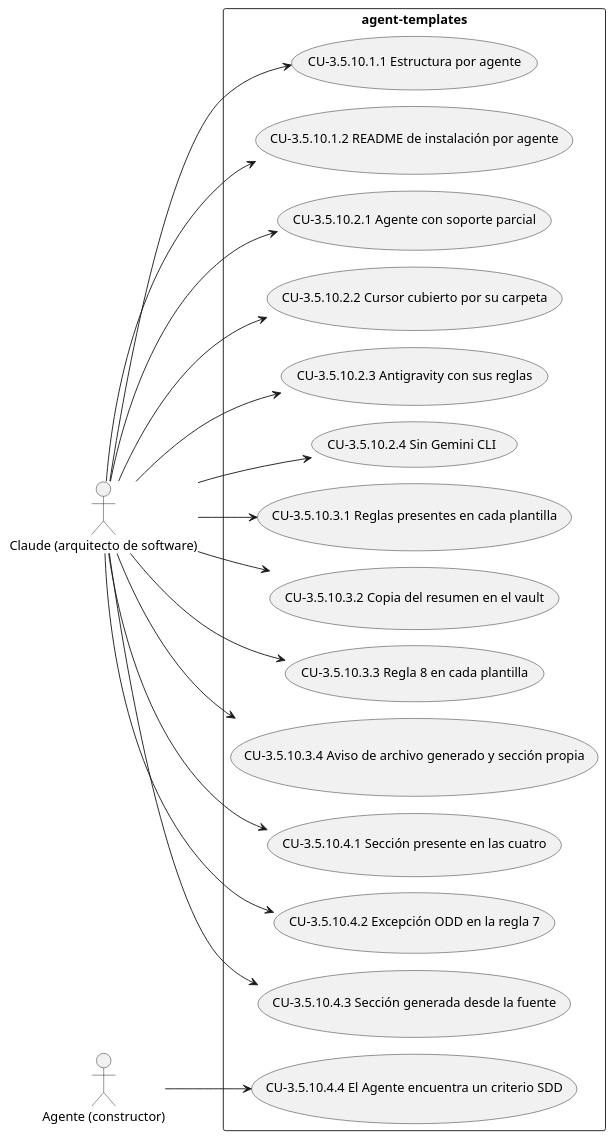
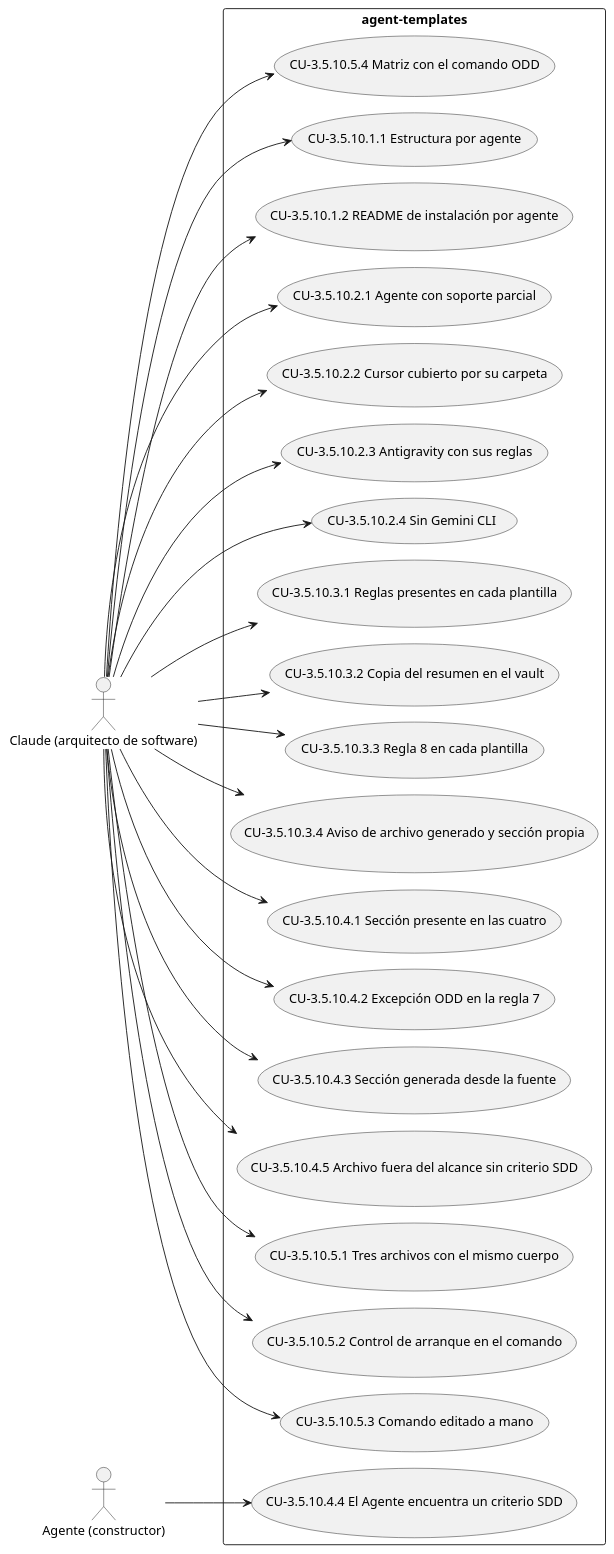
Before and after one commit to Lautaro-Montecchiani/sdd-global-config: the diagram in docs/diagramas/CAP-3.5.10.puml, drawn with PlantUML. The commit also changed 7 other files, not shown here.

```diff
--- a/docs/diagramas/CAP-3.5.10.puml
+++ b/docs/diagramas/CAP-3.5.10.puml
@@ -1,36 +1,46 @@
 @startuml
 !pragma layout smetana
 left to right direction
 actor "Claude (arquitecto de software)" as A1
 actor "Agente (constructor)" as A2
 rectangle "agent-templates" {
   usecase "CU-3.5.10.1.1 Estructura por agente" as UC_3_5_10_1_1
   usecase "CU-3.5.10.1.2 README de instalación por agente" as UC_3_5_10_1_2
   usecase "CU-3.5.10.2.1 Agente con soporte parcial" as UC_3_5_10_2_1
   usecase "CU-3.5.10.2.2 Cursor cubierto por su carpeta" as UC_3_5_10_2_2
   usecase "CU-3.5.10.2.3 Antigravity con sus reglas" as UC_3_5_10_2_3
   usecase "CU-3.5.10.2.4 Sin Gemini CLI" as UC_3_5_10_2_4
   usecase "CU-3.5.10.3.1 Reglas presentes en cada plantilla" as UC_3_5_10_3_1
   usecase "CU-3.5.10.3.2 Copia del resumen en el vault" as UC_3_5_10_3_2
   usecase "CU-3.5.10.3.3 Regla 8 en cada plantilla" as UC_3_5_10_3_3
   usecase "CU-3.5.10.3.4 Aviso de archivo generado y sección propia" as UC_3_5_10_3_4
   usecase "CU-3.5.10.4.1 Sección presente en las cuatro" as UC_3_5_10_4_1
   usecase "CU-3.5.10.4.2 Excepción ODD en la regla 7" as UC_3_5_10_4_2
   usecase "CU-3.5.10.4.3 Sección generada desde la fuente" as UC_3_5_10_4_3
   usecase "CU-3.5.10.4.4 El Agente encuentra un criterio SDD" as UC_3_5_10_4_4
+  usecase "CU-3.5.10.4.5 Archivo fuera del alcance sin criterio SDD" as UC_3_5_10_4_5
+  usecase "CU-3.5.10.5.1 Tres archivos con el mismo cuerpo" as UC_3_5_10_5_1
+  usecase "CU-3.5.10.5.2 Control de arranque en el comando" as UC_3_5_10_5_2
+  usecase "CU-3.5.10.5.3 Comando editado a mano" as UC_3_5_10_5_3
+  usecase "CU-3.5.10.5.4 Matriz con el comando ODD" as UC_3_5_10_5_4
 }
 A1 --> UC_3_5_10_1_1
 A1 --> UC_3_5_10_1_2
 A1 --> UC_3_5_10_2_1
 A1 --> UC_3_5_10_2_2
 A1 --> UC_3_5_10_2_3
 A1 --> UC_3_5_10_2_4
 A1 --> UC_3_5_10_3_1
 A1 --> UC_3_5_10_3_2
 A1 --> UC_3_5_10_3_3
 A1 --> UC_3_5_10_3_4
 A1 --> UC_3_5_10_4_1
 A1 --> UC_3_5_10_4_2
 A1 --> UC_3_5_10_4_3
 A2 --> UC_3_5_10_4_4
+A1 --> UC_3_5_10_4_5
+A1 --> UC_3_5_10_5_1
+A1 --> UC_3_5_10_5_2
+A1 --> UC_3_5_10_5_3
+A1 --> UC_3_5_10_5_4
 @enduml
```
